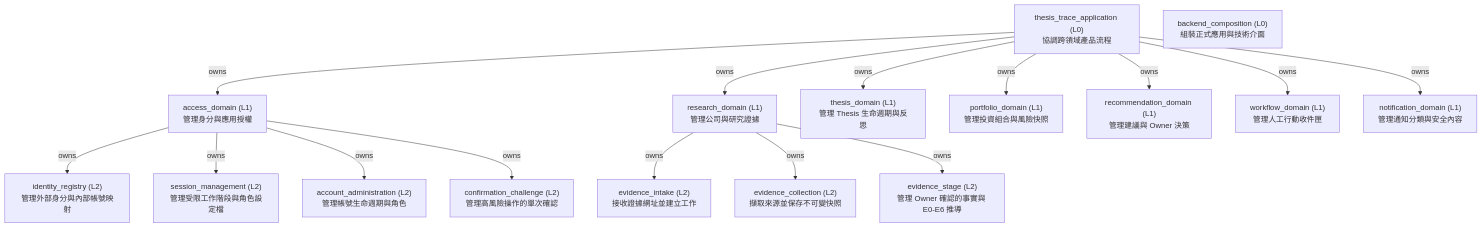
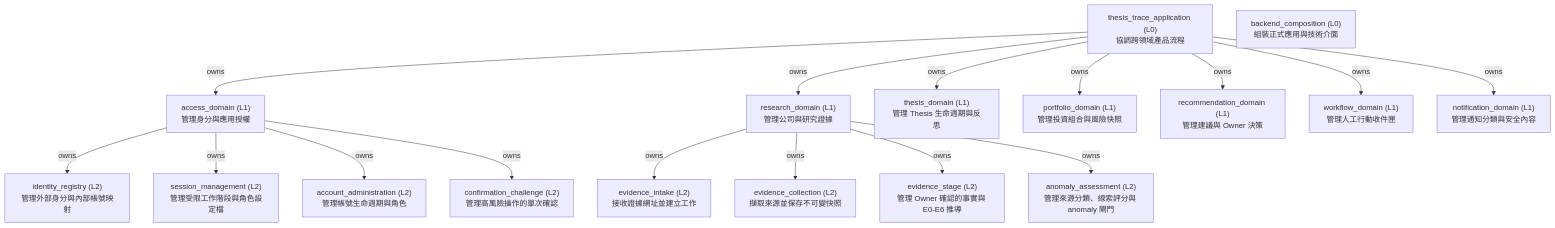
One commit to ShinWeiPeng/thesis-trace changed the first of 2 diagrams in architecture/ARCHITECTURE.md. Above: the diagram before and after it, drawn with Mermaid. The commit also changed other lines of this file and 65 other files, not shown here.

Commit message:
Implement shadow anomaly assessment

````diff
--- a/architecture/ARCHITECTURE.md
+++ b/architecture/ARCHITECTURE.md
@@ -17,33 +17,35 @@
 ```mermaid
 flowchart TD
     n_thesis_trace_application["thesis_trace_application (L0)<br/>協調跨領域產品流程"]
     n_backend_composition["backend_composition (L0)<br/>組裝正式應用與技術介面"]
     n_access_domain["access_domain (L1)<br/>管理身分與應用授權"]
     n_research_domain["research_domain (L1)<br/>管理公司與研究證據"]
     n_evidence_intake["evidence_intake (L2)<br/>接收證據網址並建立工作"]
     n_evidence_collection["evidence_collection (L2)<br/>擷取來源並保存不可變快照"]
     n_evidence_stage["evidence_stage (L2)<br/>管理 Owner 確認的事實與 E0-E6 推導"]
+    n_anomaly_assessment["anomaly_assessment (L2)<br/>管理來源分類、線索評分與 anomaly 閘門"]
     n_thesis_domain["thesis_domain (L1)<br/>管理 Thesis 生命週期與反思"]
     n_portfolio_domain["portfolio_domain (L1)<br/>管理投資組合與風險快照"]
     n_recommendation_domain["recommendation_domain (L1)<br/>管理建議與 Owner 決策"]
     n_workflow_domain["workflow_domain (L1)<br/>管理人工行動收件匣"]
     n_notification_domain["notification_domain (L1)<br/>管理通知分類與安全內容"]
     n_identity_registry["identity_registry (L2)<br/>管理外部身分與內部帳號映射"]
     n_session_management["session_management (L2)<br/>管理受限工作階段與角色設定檔"]
     n_account_administration["account_administration (L2)<br/>管理帳號生命週期與角色"]
     n_confirmation_challenge["confirmation_challenge (L2)<br/>管理高風險操作的單次確認"]
     n_thesis_trace_application -->|owns| n_access_domain
     n_thesis_trace_application -->|owns| n_research_domain
     n_research_domain -->|owns| n_evidence_intake
     n_research_domain -->|owns| n_evidence_collection
     n_research_domain -->|owns| n_evidence_stage
+    n_research_domain -->|owns| n_anomaly_assessment
     n_thesis_trace_application -->|owns| n_thesis_domain
     n_thesis_trace_application -->|owns| n_portfolio_domain
     n_thesis_trace_application -->|owns| n_recommendation_domain
     n_thesis_trace_application -->|owns| n_workflow_domain
     n_thesis_trace_application -->|owns| n_notification_domain
     n_access_domain -->|owns| n_identity_registry
     n_access_domain -->|owns| n_session_management
     n_access_domain -->|owns| n_account_administration
     n_access_domain -->|owns| n_confirmation_challenge
 ```
````
